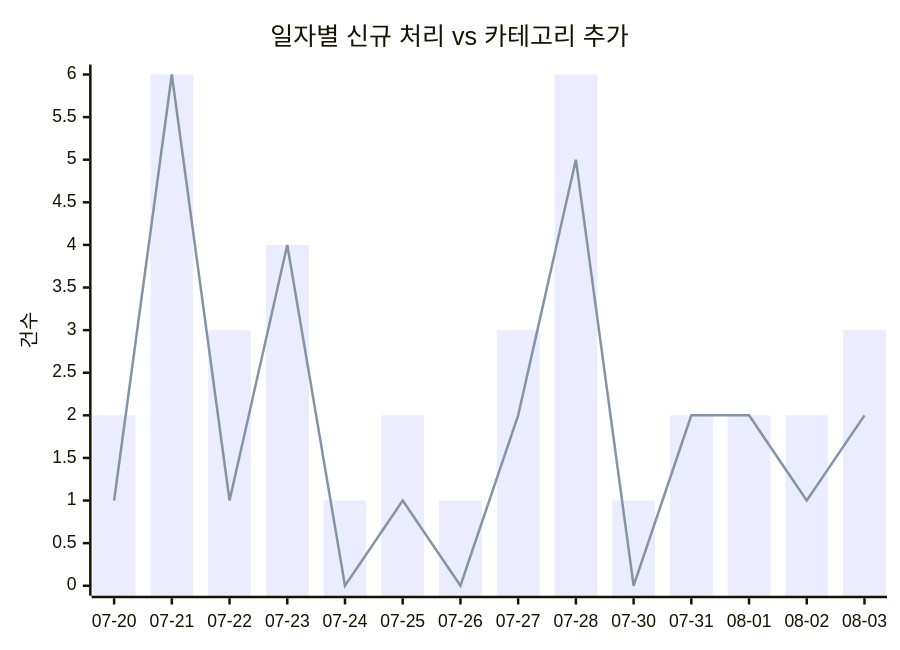
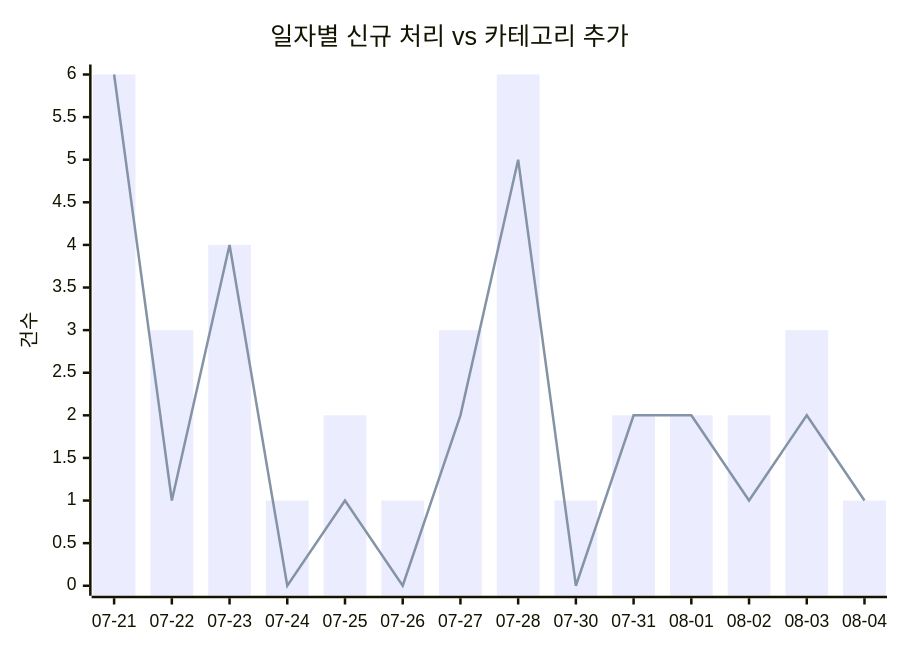
The first of 2 diagrams in docs/trends.md (J-nowcow/awesome-korean-agent-skills), drawn with Mermaid before and after one commit. The commit also changed other lines of this file and 4 other files, not shown here.

````diff
--- a/docs/trends.md
+++ b/docs/trends.md
@@ -32,8 +32,8 @@
 ```mermaid
 xychart-beta
     title "일자별 신규 처리 vs 카테고리 추가"
-    x-axis ["07-20","07-21","07-22","07-23","07-24","07-25","07-26","07-27","07-28","07-30","07-31","08-01","08-02","08-03"]
+    x-axis ["07-21","07-22","07-23","07-24","07-25","07-26","07-27","07-28","07-30","07-31","08-01","08-02","08-03","08-04"]
     y-axis "건수"
-    bar [2,6,3,4,1,2,1,3,6,1,2,2,2,3]
-    line [1,6,1,4,0,1,0,2,5,0,2,2,1,2]
+    bar [6,3,4,1,2,1,3,6,1,2,2,2,3,1]
+    line [6,1,4,0,1,0,2,5,0,2,2,1,2,1]
 ```
````
